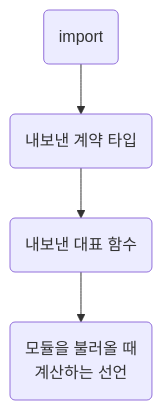
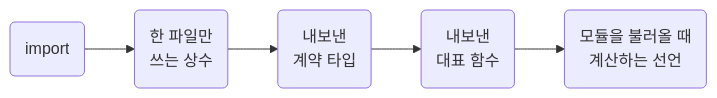
One commit to nomeehej/agent-conventions changed the diagram in skill/typescript/rules/03-05-functions-order-declarations-top-down.md. Above: the diagram before and after it, drawn with Mermaid. The commit also changed other lines of this file and 44 other files, not shown here.

````diff
--- a/skill/typescript/rules/03-05-functions-order-declarations-top-down.md
+++ b/skill/typescript/rules/03-05-functions-order-declarations-top-down.md
@@ -20,4 +21,5 @@
 ```mermaid
-flowchart TD
-	s1("import") --> s2("내보낸 계약 타입") --> s3("내보낸 대표 함수") --> s4("모듈을 불러올 때<br>계산하는 선언")
+flowchart LR
+	s1("import") --> s2("한 파일만<br>쓰는 상수") --> s3("내보낸<br>계약 타입")
+	s3 --> s4("내보낸<br>대표 함수") --> s5("모듈을 불러올 때<br>계산하는 선언")
 ```
````
